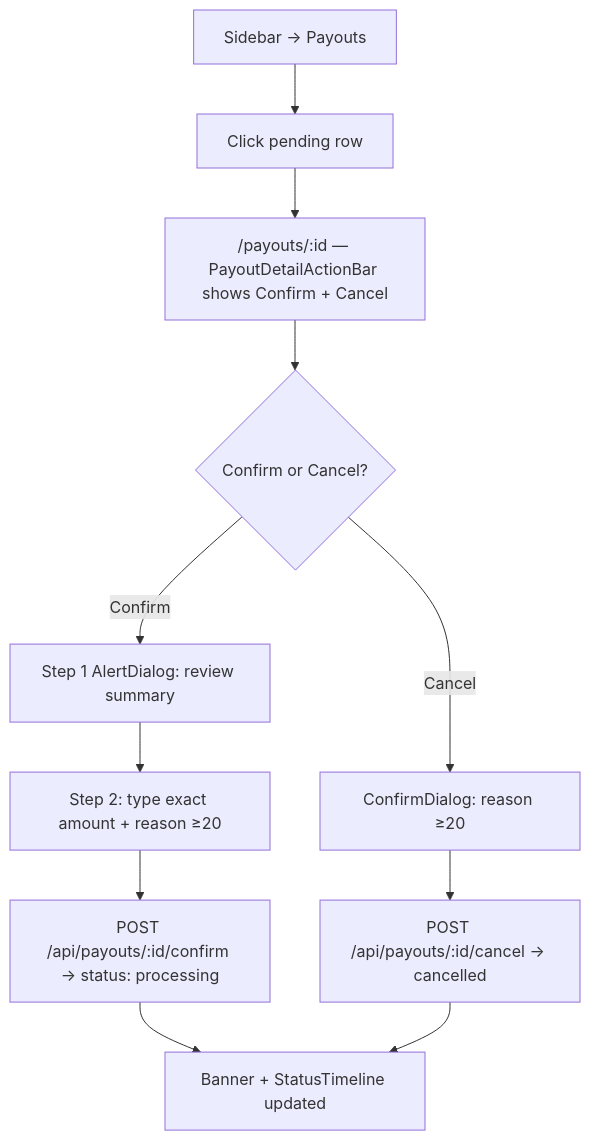
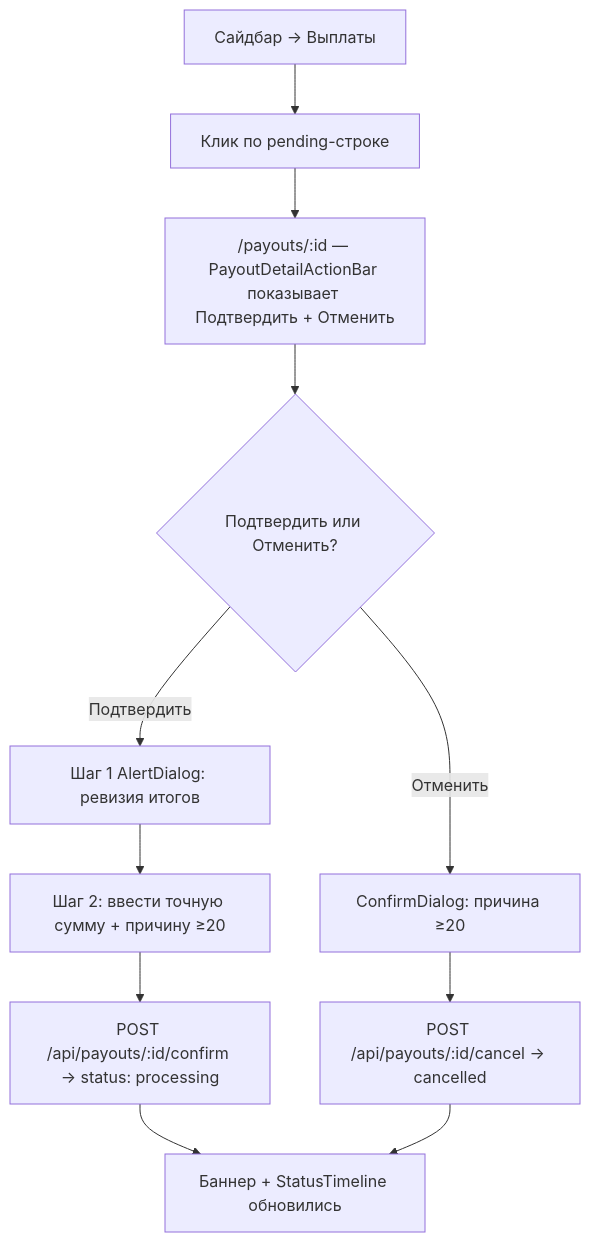
Diagram 12 of 19 in docs/USER_FLOWS_BY_ROLE.md (SardorAllaberganov/unipay-dashboard), drawn with Mermaid before and after one commit. The commit also changed other lines of this file and 1 other file, not shown here.

First line of the commit message:
docs: translate IA + role-flow docs to Russian

````diff
--- a/docs/USER_FLOWS_BY_ROLE.md
+++ b/docs/USER_FLOWS_BY_ROLE.md
@@ -442,13 +442,13 @@
 ```mermaid
 flowchart TD
-  A["Sidebar → Payouts"] --> B[Click pending row]
-  B --> C["/payouts/:id — PayoutDetailActionBar shows Confirm + Cancel"]
-  C --> D{Confirm or Cancel?}
-  D -->|Confirm| E["Step 1 AlertDialog: review summary"]
-  E --> F["Step 2: type exact amount + reason ≥20"]
+  A["Сайдбар → Выплаты"] --> B[Клик по pending-строке]
+  B --> C["/payouts/:id — PayoutDetailActionBar показывает Подтвердить + Отменить"]
+  C --> D{Подтвердить или Отменить?}
+  D -->|Подтвердить| E["Шаг 1 AlertDialog: ревизия итогов"]
+  E --> F["Шаг 2: ввести точную сумму + причину ≥20"]
   F --> G["POST /api/payouts/:id/confirm → status: processing"]
-  D -->|Cancel| H["ConfirmDialog: reason ≥20"]
+  D -->|Отменить| H["ConfirmDialog: причина ≥20"]
   H --> I["POST /api/payouts/:id/cancel → cancelled"]
-  G --> J[Banner + StatusTimeline updated]
+  G --> J[Баннер + StatusTimeline обновились]
   I --> J
 ```
````
